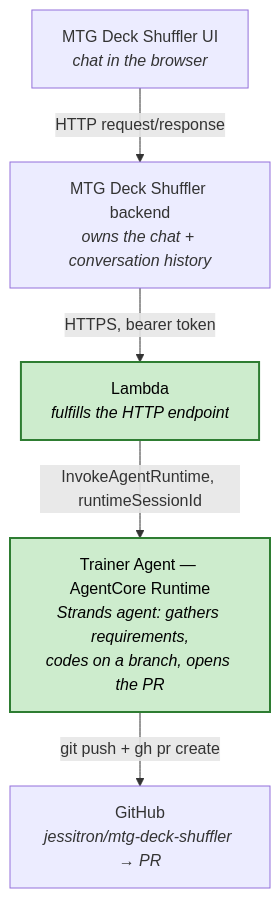
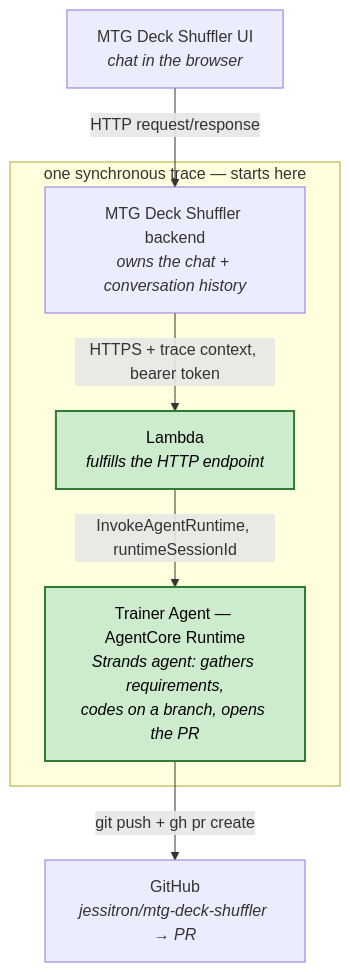
The diagram in README.md (jessitron/small-coding-agent), drawn with Mermaid before and after one commit. The commit also changed other lines of this file and 4 other files, not shown here.

Commit message:
Docs: synchronous request/response (no websockets) + single trace rooted in backend - claude

````diff
--- a/README.md
+++ b/README.md
@@ -12,16 +12,18 @@
 ```mermaid
 flowchart TD
     UI["MTG Deck Shuffler UI<br/><i>chat in the browser</i>"]
-    Backend["MTG Deck Shuffler backend<br/><i>owns the chat + conversation history</i>"]
-    Lambda["Lambda<br/><i>fulfills the HTTP endpoint</i>"]
-    Agent["Trainer Agent — AgentCore Runtime<br/><i>Strands agent: gathers requirements,<br/>codes on a branch, opens the PR</i>"]
+    subgraph trace["one synchronous trace — starts here"]
+        Backend["MTG Deck Shuffler backend<br/><i>owns the chat + conversation history</i>"]
+        Lambda["Lambda<br/><i>fulfills the HTTP endpoint</i>"]
+        Agent["Trainer Agent — AgentCore Runtime<br/><i>Strands agent: gathers requirements,<br/>codes on a branch, opens the PR</i>"]
+    end
     GitHub["GitHub<br/><i>jessitron/mtg-deck-shuffler → PR</i>"]
 
     UI -->|HTTP request/response| Backend
-    Backend -->|HTTPS, bearer token| Lambda
+    Backend -->|HTTPS + trace context, bearer token| Lambda
     Lambda -->|InvokeAgentRuntime, runtimeSessionId| Agent
     Agent -->|git push + gh pr create| GitHub
 
     classDef inRepo fill:#cdeccd,stroke:#2e7d32,stroke-width:2px,color:#000;
     class Lambda,Agent inRepo;
 ```
````
